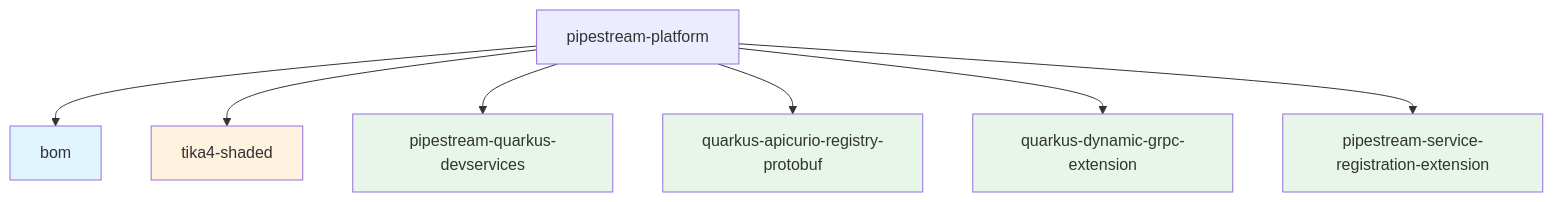
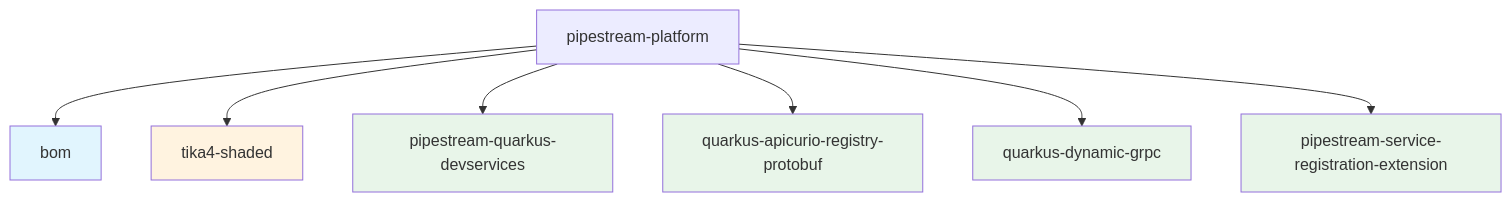
One commit to ai-pipestream/pipestream-platform changed the diagram in README.md. Above: the diagram before and after it, drawn with Mermaid. The commit also changed other lines of this file and 57 other files, not shown here.

First line of the commit message:
refactor: rename quarkus-dynamic-grpc-extension to quarkus-dynamic-grpc

````diff
--- a/README.md
+++ b/README.md
@@ -36,20 +36,20 @@
 ```mermaid
 graph TD
     A[pipestream-platform] --> B[bom]
     A --> C[tika4-shaded]
     A --> D[pipestream-quarkus-devservices]
     A --> E[quarkus-apicurio-registry-protobuf]
-    A --> F[quarkus-dynamic-grpc-extension]
+    A --> F[quarkus-dynamic-grpc]
     A --> G[pipestream-service-registration-extension]
 
     B:::bom
     C:::lib
     D:::ext
     E:::ext
     F:::ext
     G:::ext
 
     classDef bom fill:#e1f5fe
     classDef lib fill:#fff3e0
     classDef ext fill:#e8f5e9
 ```
````
